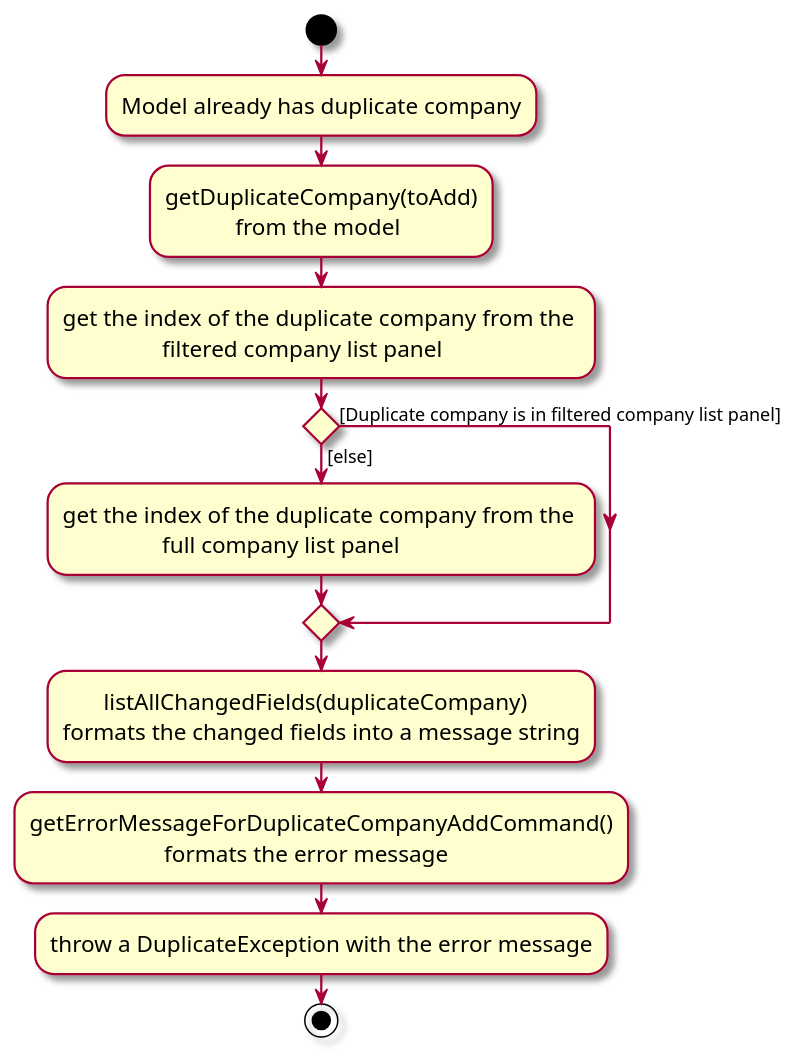
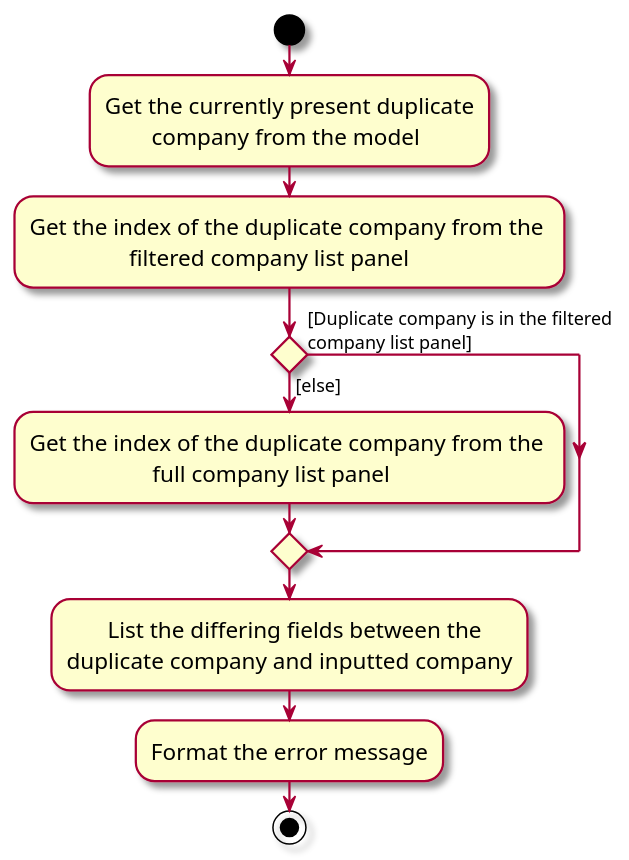
One commit to tayruxin/tp changed the diagram in docs/diagrams/DuplicateActivityDiagram.puml. Above: the diagram before and after it, drawn with PlantUML. The commit also changed 7 other files, not shown here.

```diff
--- a/docs/diagrams/DuplicateActivityDiagram.puml
+++ b/docs/diagrams/DuplicateActivityDiagram.puml
@@ -1,22 +1,21 @@
 @startuml
 skin rose
 skinparam ActivityFontSize 15
 skinparam ArrowFontSize 12
 start
-:Model already has duplicate company;
 
 'Since the beta syntax does not support placing the condition outside the
 'diamond we place it as the true branch instead.
 
-:getDuplicateCompany(toAdd)\n            from the model;
-:get the index of the duplicate company from the \n                 filtered company list panel;
+:Get the currently present duplicate\n        company from the model;
+:Get the index of the duplicate company from the \n                 filtered company list panel;
 if () then ([else])
-    :get the index of the duplicate company from the \n                 full company list panel;
-else ([Duplicate company is in filtered company list panel])
+    :Get the index of the duplicate company from the \n                     full company list panel;
+else ([Duplicate company is in the filtered \ncompany list panel])
     endif
 
-:       listAllChangedFields(duplicateCompany)\nformats the changed fields into a message string;
-:getErrorMessageForDuplicateCompanyAddCommand()\n                       formats the error message;
-:throw a DuplicateException with the error message;
+:       List the differing fields between the
+duplicate company and inputted company;
+:Format the error message;
 stop
 @enduml
```
